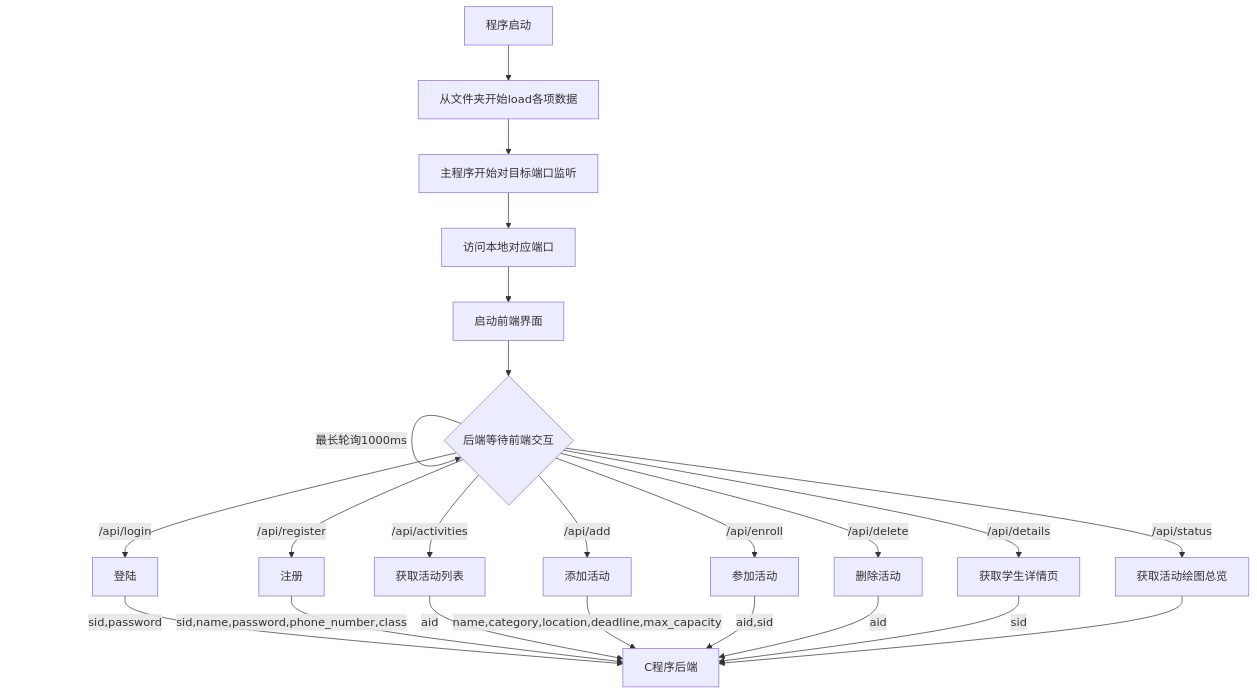
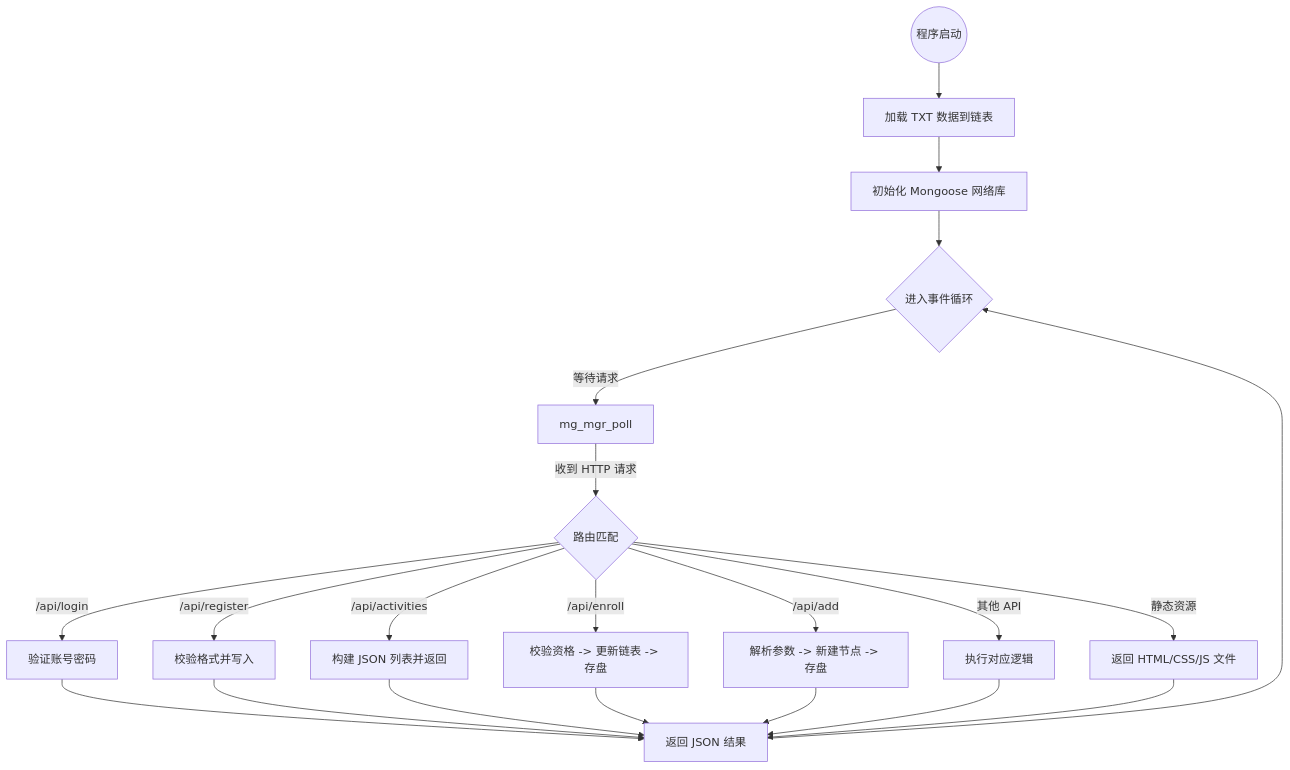
The fifth of 5 diagrams in Doc.md (Hill-1024/activity-manage-system), drawn with Mermaid before and after one commit. The commit also changed other lines of this file, not shown here.

````diff
--- a/Doc.md
+++ b/Doc.md
@@ -36,18 +330,27 @@
 ```mermaid
-graph TD
-    A[程序启动]-->B[从文件夹开始load各项数据]
-    B-->C[主程序开始对目标端口监听]
-    C-->D[访问本地对应端口]
-    D-->E[启动前端界面]
-    E-->F{后端等待前端交互}
-    F-->|最长轮询1000ms| F
-    F-->|/api/login|login[登陆]-->|sid,password|back
-    F-->|/api/register|register[注册]-->|sid,name,password,phone_number,class|back
-    F-->|/api/activities|activities[获取活动列表]-->|aid|back
-    F-->|/api/add|add[添加活动]-->|name,category,location,deadline,max_capacity|back
-    F-->|/api/enroll|enroll[参加活动]-->|aid,sid|back
-    F-->|/api/delete|delete[删除活动]-->|aid|back
-    F-->|/api/details|details[获取学生详情页]-->|sid|back
-    F-->|/api/status|stats[获取活动绘图总览]-->back
-    back[C程序后端]
+flowchart TD
+    Start((程序启动)) --> Init[加载 TXT 数据到链表]
+    Init --> NetInit[初始化 Mongoose 网络库]
+    NetInit --> Loop{进入事件循环}
+    
+    Loop -->|等待请求| Poll[mg_mgr_poll]
+    Poll -->|收到 HTTP 请求| Router{路由匹配}
+    
+    Router -->|/api/login| API_Login[验证账号密码]
+    Router -->|/api/register| API_Reg[校验格式并写入]
+    Router -->|/api/activities| API_List[构建 JSON 列表并返回]
+    Router -->|/api/enroll| API_Enroll[校验资格 -> 更新链表 -> 存盘]
+    Router -->|/api/add| API_Add[解析参数 -> 新建节点 -> 存盘]
+    Router -->|其他 API| API_Other[执行对应逻辑]
+    Router -->|静态资源| Static[返回 HTML/CSS/JS 文件]
+    
+    API_Login --> Reply[返回 JSON 结果]
+    API_Reg --> Reply
+    API_List --> Reply
+    API_Enroll --> Reply
+    API_Add --> Reply
+    API_Other --> Reply
+    Static --> Reply
+    
+    Reply --> Loop
 ```
````
